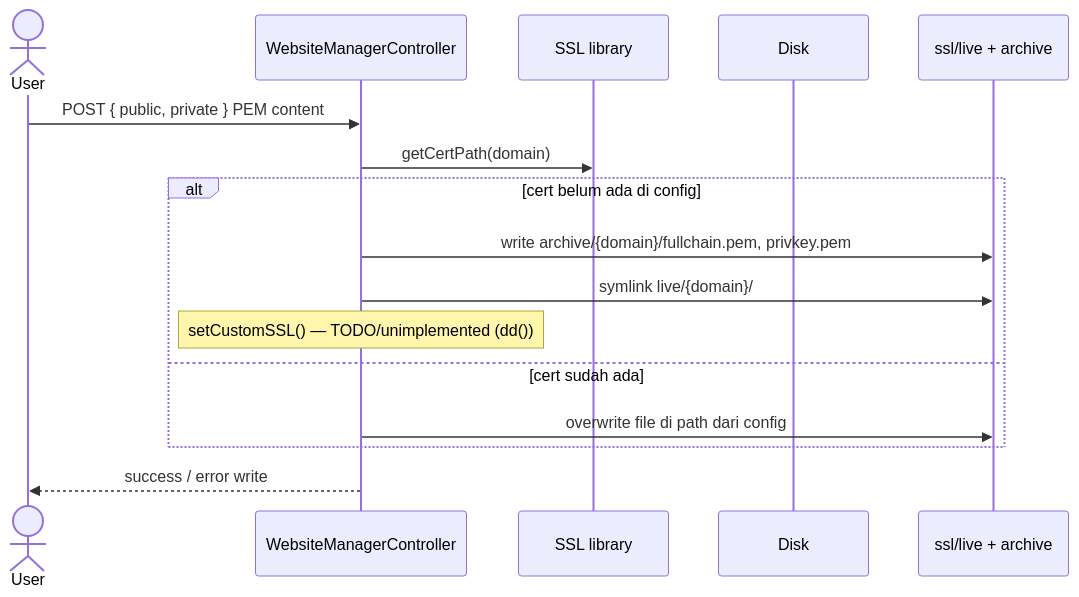
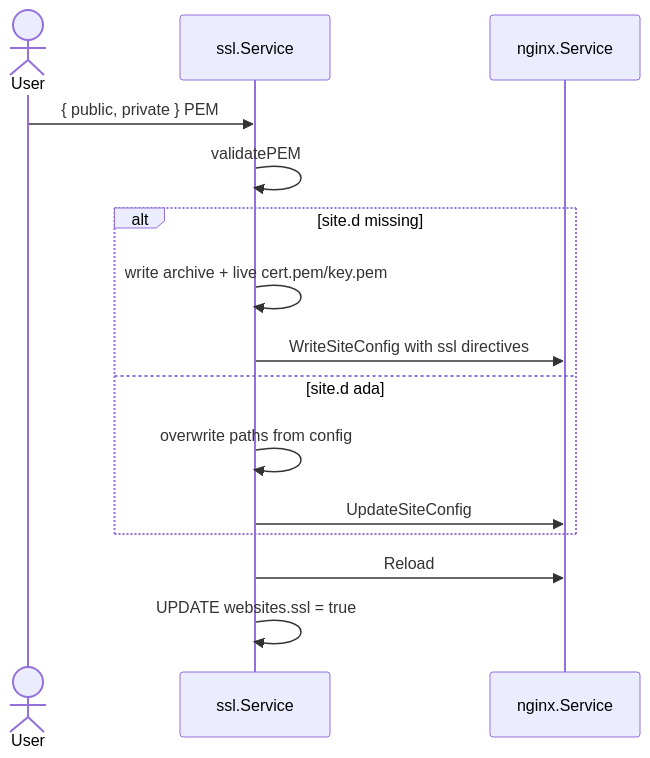
One commit to jahrulnr/GoSite changed the second of 2 diagrams in docs/sequences/08-website-ssl.md. Above: the diagram before and after it, drawn with Mermaid. The commit also changed other lines of this file and 107 other files, not shown here.

````diff
--- a/docs/sequences/08-website-ssl.md
+++ b/docs/sequences/08-website-ssl.md
@@ -43,19 +85,18 @@
 ```mermaid
 sequenceDiagram
     actor User
-    participant WM as WebsiteManagerController
-    participant SSL as SSL library
-    participant Disk
-    participant FS as ssl/live + archive
+    participant Svc as ssl.Service
+    participant NGX as nginx.Service
 
-    User->>WM: POST { public, private } PEM content
-    WM->>SSL: getCertPath(domain)
-    alt cert belum ada di config
-        WM->>FS: write archive/{domain}/fullchain.pem, privkey.pem
-        WM->>FS: symlink live/{domain}/
-        Note over WM: setCustomSSL() — TODO/unimplemented (dd())
-    else cert sudah ada
-        WM->>FS: overwrite file di path dari config
+    User->>Svc: { public, private } PEM
+    Svc->>Svc: validatePEM
+    alt site.d missing
+        Svc->>Svc: write archive + live cert.pem/key.pem
+        Svc->>NGX: WriteSiteConfig with ssl directives
+    else site.d ada
+        Svc->>Svc: overwrite paths from config
+        Svc->>NGX: UpdateSiteConfig
     end
-    WM-->>User: success / error write
+    Svc->>NGX: Reload
+    Svc->>Svc: UPDATE websites.ssl = true
 ```
````
